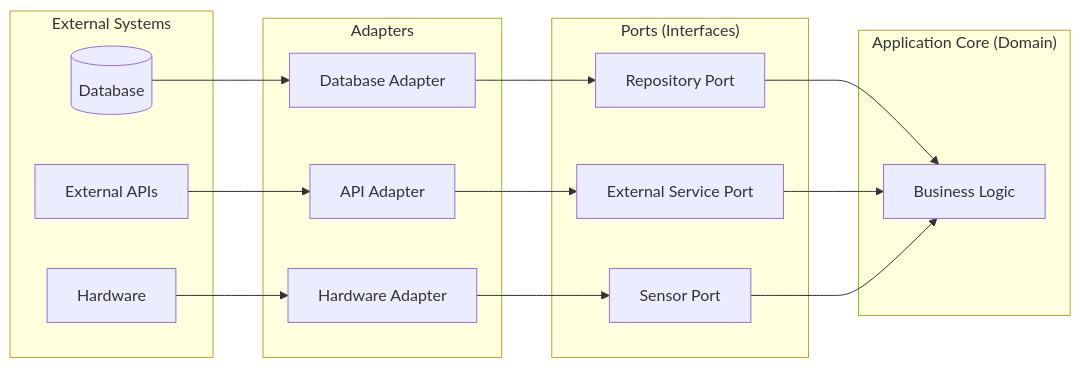
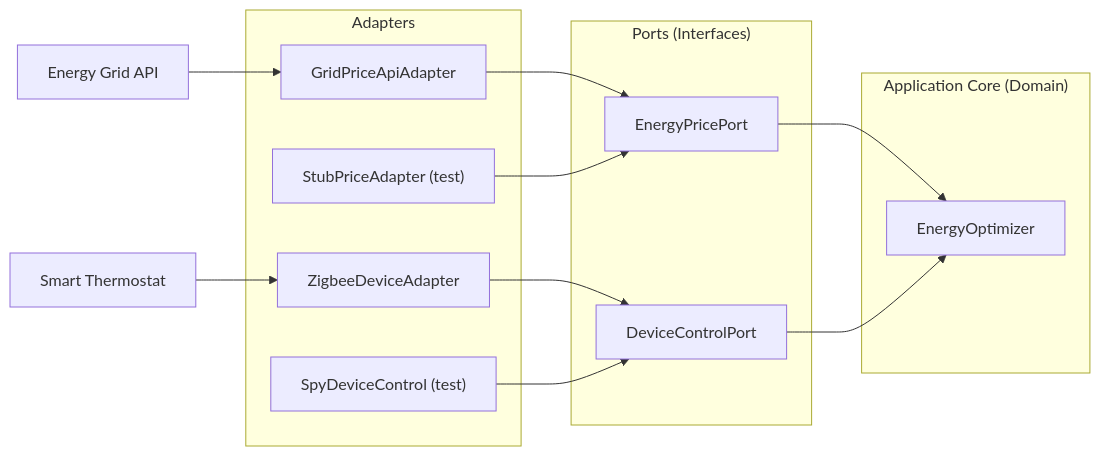
Before and after one commit to neu-pdi/cs3100-public-resources: the diagram in lecture-slides-spertus/l16-testability.mdx, drawn with Mermaid. The commit also changed other lines of this file and 4 other files, not shown here.

````diff
--- a/lecture-slides-spertus/l16-testability.mdx
+++ b/lecture-slides-spertus/l16-testability.mdx
@@ -677,28 +735,26 @@
 ```mermaid
 graph LR
-    subgraph External["External Systems"]
-        DB[(Database)]
-        API[External APIs]
-        HW[Hardware]
-    end
+    API["Energy Grid API"]
+    HW["Smart Thermostat"]
 
     subgraph Adapters["Adapters"]
-        DA[Database Adapter]
-        AA[API Adapter]
-        HA[Hardware Adapter]
+        AA["GridPriceApiAdapter"]
+        HA["ZigbeeDeviceAdapter"]
+        SA["StubPriceAdapter (test)"]
+        SD["SpyDeviceControl (test)"]
     end
 
     subgraph Ports["Ports (Interfaces)"]
-        RP[Repository Port]
-        EP[External Service Port]
-        SP[Sensor Port]
+        EP["EnergyPricePort"]
+        DP["DeviceControlPort"]
     end
 
     subgraph Core["Application Core (Domain)"]
-        BL[Business Logic]
+        BL["EnergyOptimizer"]
     end
 
-    DB --> DA --> RP --> BL
     API --> AA --> EP --> BL
-    HW --> HA --> SP --> BL
+    HW --> HA --> DP --> BL
+    SA --> EP
+    SD --> DP
 ```
````
